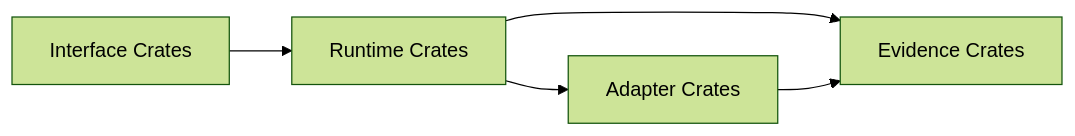
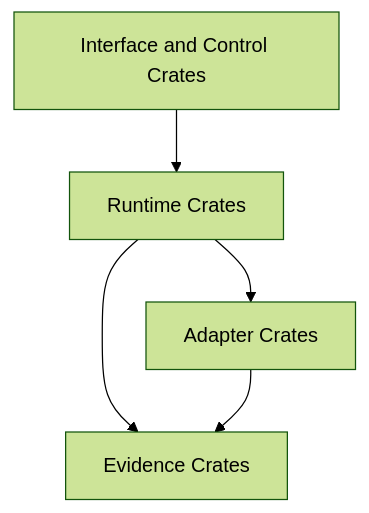
The diagram in docs/05-system-architecture/02-crate-architecture.md (bijux/bijux-cli), drawn with Mermaid (forest theme) before and after one commit. The commit also changed other lines of this file and 1 other file, not shown here.

Commit message:
docs(architecture): rewrite overview and crate boundaries around execution truth loop and semantic isolation

````diff
--- a/docs/05-system-architecture/02-crate-architecture.md
+++ b/docs/05-system-architecture/02-crate-architecture.md
@@ -81,7 +16,7 @@
 ```mermaid
-graph LR
-  CLI[Interface Crates] --> RT[Runtime Crates]
+graph TD
+  CLI[Interface and Control Crates] --> RT[Runtime Crates]
   RT --> AD[Adapter Crates]
   RT --> EV[Evidence Crates]
   AD --> EV
 ```
````
